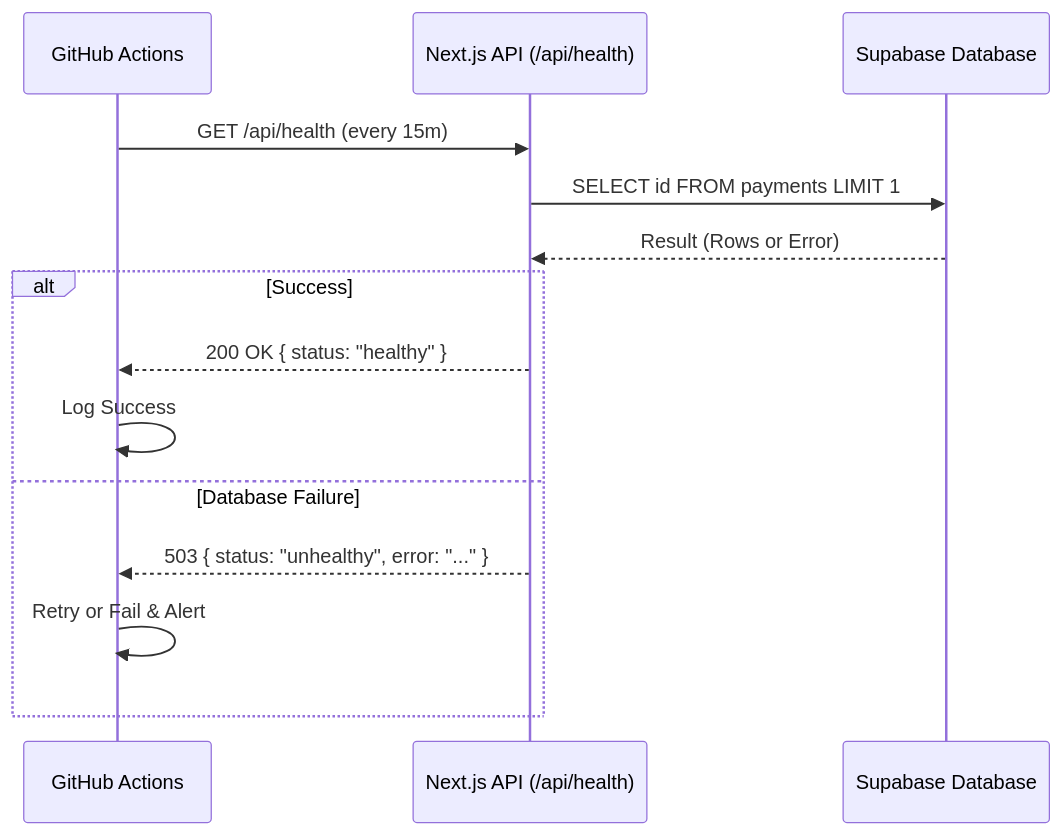
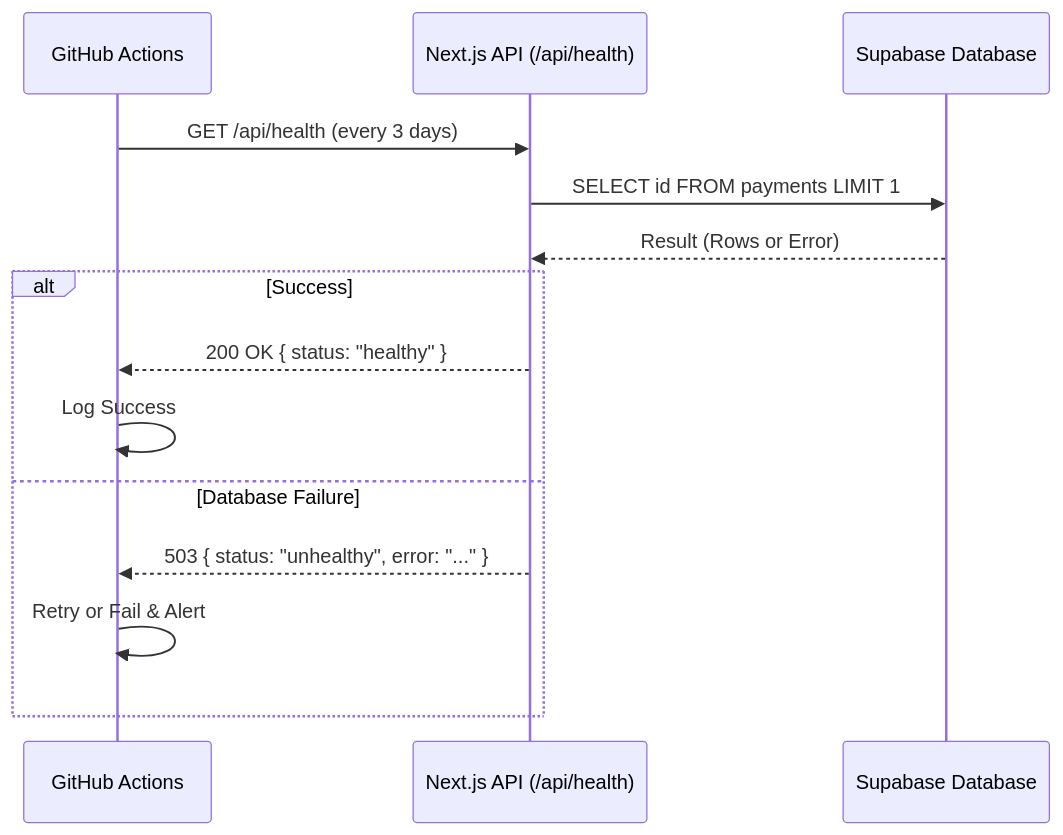
The diagram in docs/monitoring/architecture.md (jaksoftwares/dovepeak_payment), drawn with Mermaid before and after one commit. The commit also changed other lines of this file and 3 other files, not shown here.

````diff
--- a/docs/monitoring/architecture.md
+++ b/docs/monitoring/architecture.md
@@ -43,18 +43,18 @@
 ```mermaid
 sequenceDiagram
     participant GH as GitHub Actions
     participant API as Next.js API (/api/health)
     participant DB as Supabase Database
 
-    GH->>API: GET /api/health (every 15m)
+    GH->>API: GET /api/health (every 3 days)
     API->>DB: SELECT id FROM payments LIMIT 1
     DB-->>API: Result (Rows or Error)
     
     alt Success
         API-->>GH: 200 OK { status: "healthy" }
         GH->>GH: Log Success
     else Database Failure
         API-->>GH: 503 { status: "unhealthy", error: "..." }
         GH->>GH: Retry or Fail & Alert
     end
 ```
````
